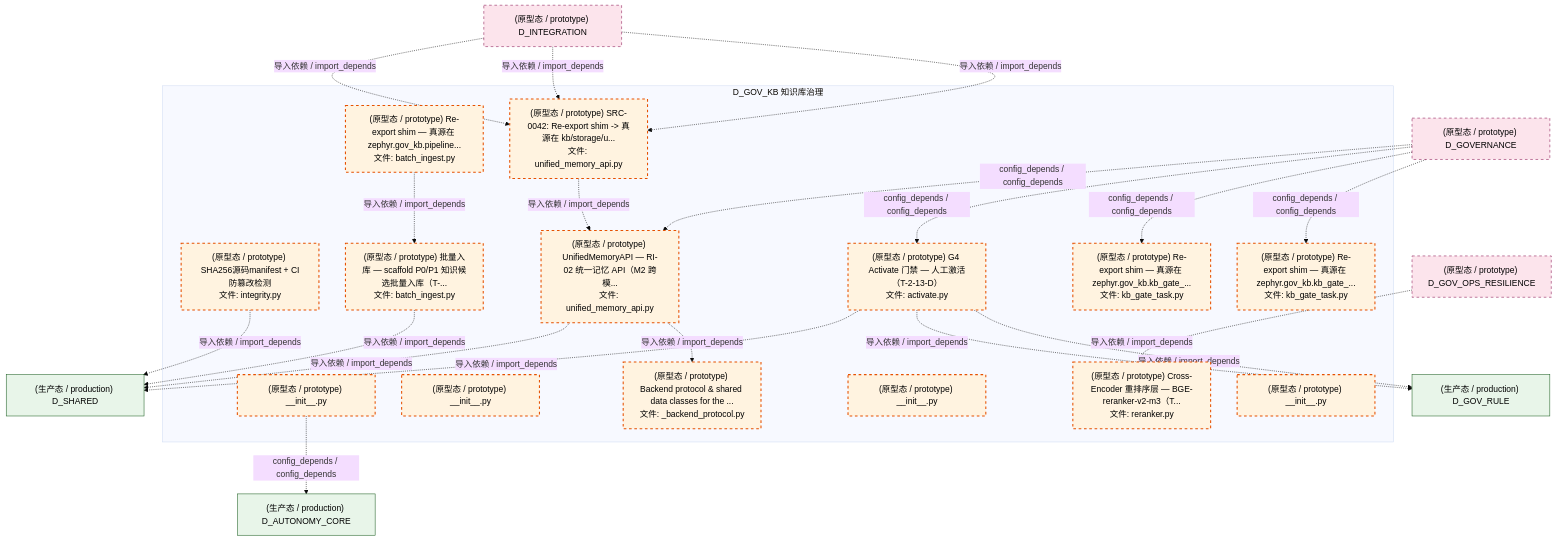
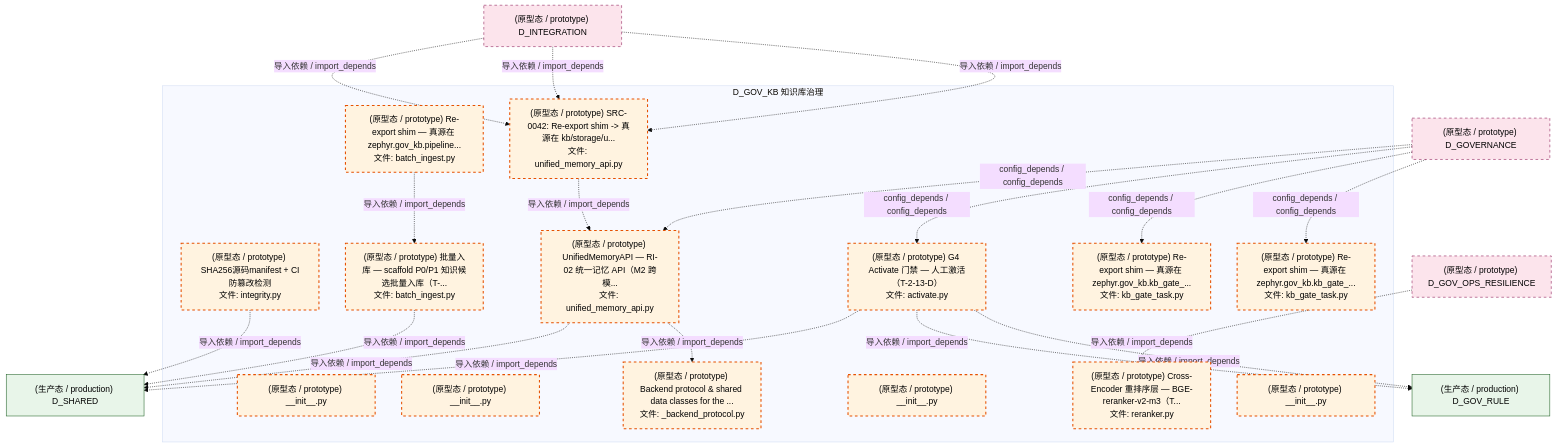
The fourth of 5 diagrams in docs/02_enterprise_architecture/02_domain_architecture_docs/43_d_gov_kb.md (xuanFelixVan/ZephyrAlpha), drawn with Mermaid (base theme) before and after one commit. The commit also changed other lines of this file and 125 other files, not shown here.

````diff
--- a/docs/02_enterprise_architecture/02_domain_architecture_docs/43_d_gov_kb.md
+++ b/docs/02_enterprise_architecture/02_domain_architecture_docs/43_d_gov_kb.md
@@ -301,50 +302,48 @@
 ```mermaid
 graph TD
     subgraph D_GOV_KB["D_GOV_KB 知识库治理"]
         src_zephyr_gov_kb_init_py["(原型态 / prototype) __init__.py"]
         src_zephyr_gov_kb_batch_ingest_py["(原型态 / prototype) Re-export shim — 真源在 zephyr.gov_kb.pipeline...<br/>文件: batch_ingest.py"]
         src_zephyr_gov_kb_filing_nlp_engine_init_py["(原型态 / prototype) __init__.py"]
         src_zephyr_gov_kb_integrity_py["(原型态 / prototype) SHA256源码manifest + CI防篡改检测<br/>文件: integrity.py"]
         src_zephyr_gov_kb_kb_engine_kb_gate_task_py["(原型态 / prototype) Re-export shim — 真源在 zephyr.gov_kb.kb_gate_...<br/>文件: kb_gate_task.py"]
         src_zephyr_gov_kb_migration_kb_gate_task_py["(原型态 / prototype) Re-export shim — 真源在 zephyr.gov_kb.kb_gate_...<br/>文件: kb_gate_task.py"]
         src_zephyr_gov_kb_pipeline_activate_py["(原型态 / prototype) G4 Activate 门禁 — 人工激活（T-2-13-D）<br/>文件: activate.py"]
         src_zephyr_gov_kb_pipeline_batch_ingest_py["(原型态 / prototype) 批量入库 — scaffold P0/P1 知识候选批量入库（T-...<br/>文件: batch_ingest.py"]
         src_zephyr_gov_kb_reranker_py["(原型态 / prototype) Cross-Encoder 重排序层 — BGE-reranker-v2-m3（T...<br/>文件: reranker.py"]
         src_zephyr_gov_kb_sentiment_engine_init_py["(原型态 / prototype) __init__.py"]
         src_zephyr_gov_kb_storage_backend_protocol_py["(原型态 / prototype) Backend protocol & shared data classes for the ...<br/>文件: _backend_protocol.py"]
         src_zephyr_gov_kb_storage_unified_memory_api_py["(原型态 / prototype) UnifiedMemoryAPI — RI-02 统一记忆 API（M2 跨模...<br/>文件: unified_memory_api.py"]
         src_zephyr_gov_kb_supply_chain_graph_engine_init_py["(原型态 / prototype) __init__.py"]
         src_zephyr_gov_kb_unified_memory_api_py["(原型态 / prototype) SRC-0042: Re-export shim -> 真源在 kb/storage/u...<br/>文件: unified_memory_api.py"]
     end
     src_zephyr_gov_kb_batch_ingest_py -.->|导入依赖 / import_depends| src_zephyr_gov_kb_pipeline_batch_ingest_py
     src_zephyr_gov_kb_unified_memory_api_py -.->|导入依赖 / import_depends| src_zephyr_gov_kb_storage_unified_memory_api_py
     src_zephyr_gov_kb_storage_unified_memory_api_py -.->|导入依赖 / import_depends| src_zephyr_gov_kb_storage_backend_protocol_py
     D_SHARED["(生产态 / production) D_SHARED"]
     src_zephyr_gov_kb_integrity_py -.->|导入依赖 / import_depends| D_SHARED
-    D_AUTONOMY_CORE["(生产态 / production) D_AUTONOMY_CORE"]
-    src_zephyr_gov_kb_init_py -.->|config_depends / config_depends| D_AUTONOMY_CORE
     D_GOV_RULE["(生产态 / production) D_GOV_RULE"]
     src_zephyr_gov_kb_pipeline_activate_py -.->|导入依赖 / import_depends| D_GOV_RULE
     src_zephyr_gov_kb_pipeline_activate_py -.->|导入依赖 / import_depends| D_GOV_RULE
     src_zephyr_gov_kb_pipeline_activate_py -.->|导入依赖 / import_depends| D_SHARED
     src_zephyr_gov_kb_pipeline_batch_ingest_py -.->|导入依赖 / import_depends| D_SHARED
     src_zephyr_gov_kb_storage_unified_memory_api_py -.->|导入依赖 / import_depends| D_SHARED
     D_GOV_OPS_RESILIENCE["(原型态 / prototype) D_GOV_OPS_RESILIENCE"]
     D_GOV_OPS_RESILIENCE -.->|导入依赖 / import_depends| src_zephyr_gov_kb_reranker_py
     D_INTEGRATION["(原型态 / prototype) D_INTEGRATION"]
     D_INTEGRATION -.->|导入依赖 / import_depends| src_zephyr_gov_kb_unified_memory_api_py
     D_INTEGRATION -.->|导入依赖 / import_depends| src_zephyr_gov_kb_unified_memory_api_py
     D_INTEGRATION -.->|导入依赖 / import_depends| src_zephyr_gov_kb_unified_memory_api_py
     D_GOVERNANCE["(原型态 / prototype) D_GOVERNANCE"]
+    D_GOVERNANCE -.->|config_depends / config_depends| src_zephyr_gov_kb_kb_engine_kb_gate_task_py
     D_GOVERNANCE -.->|config_depends / config_depends| src_zephyr_gov_kb_migration_kb_gate_task_py
-    D_GOVERNANCE -.->|config_depends / config_depends| src_zephyr_gov_kb_kb_engine_kb_gate_task_py
     D_GOVERNANCE -.->|config_depends / config_depends| src_zephyr_gov_kb_pipeline_activate_py
     D_GOVERNANCE -.->|config_depends / config_depends| src_zephyr_gov_kb_storage_unified_memory_api_py
     classDef production fill:#e1f5fe,stroke:#01579b,stroke-width:2px,color:#000
     classDef design fill:#fff3e0,stroke:#e65100,stroke-width:2px,color:#000,stroke-dasharray: 5 5
     classDef external_prod fill:#e8f5e9,stroke:#1b5e20,stroke-width:1px,color:#000
     classDef external_design fill:#fce4ec,stroke:#880e4f,stroke-width:1px,color:#000,stroke-dasharray: 5 5
     class src_zephyr_gov_kb_init_py,src_zephyr_gov_kb_batch_ingest_py,src_zephyr_gov_kb_filing_nlp_engine_init_py,src_zephyr_gov_kb_integrity_py,src_zephyr_gov_kb_kb_engine_kb_gate_task_py,src_zephyr_gov_kb_migration_kb_gate_task_py,src_zephyr_gov_kb_pipeline_activate_py,src_zephyr_gov_kb_pipeline_batch_ingest_py,src_zephyr_gov_kb_reranker_py,src_zephyr_gov_kb_sentiment_engine_init_py,src_zephyr_gov_kb_storage_backend_protocol_py,src_zephyr_gov_kb_storage_unified_memory_api_py,src_zephyr_gov_kb_supply_chain_graph_engine_init_py,src_zephyr_gov_kb_unified_memory_api_py design
-    class D_SHARED,D_AUTONOMY_CORE,D_GOV_RULE external_prod
+    class D_SHARED,D_GOV_RULE external_prod
     class D_GOV_OPS_RESILIENCE,D_INTEGRATION,D_GOVERNANCE external_design
 ```
````
